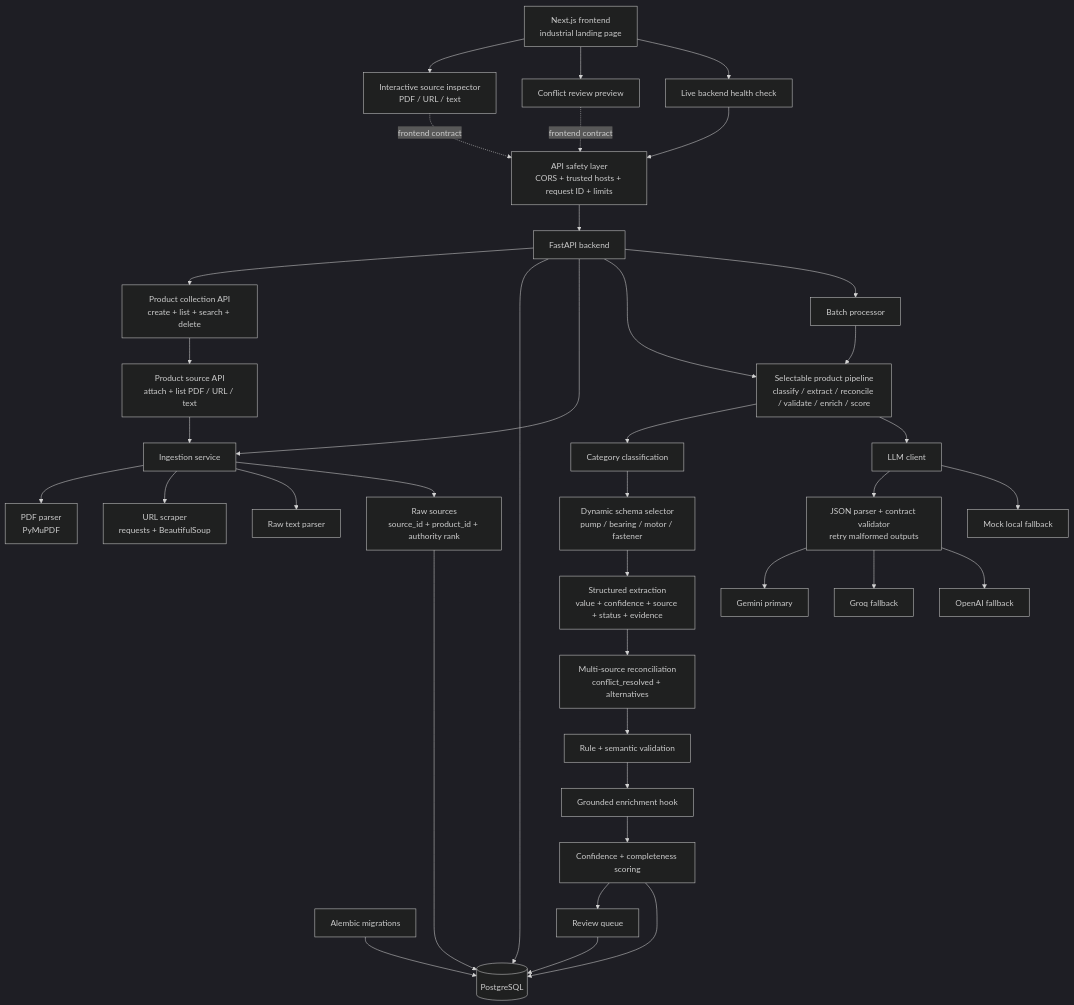
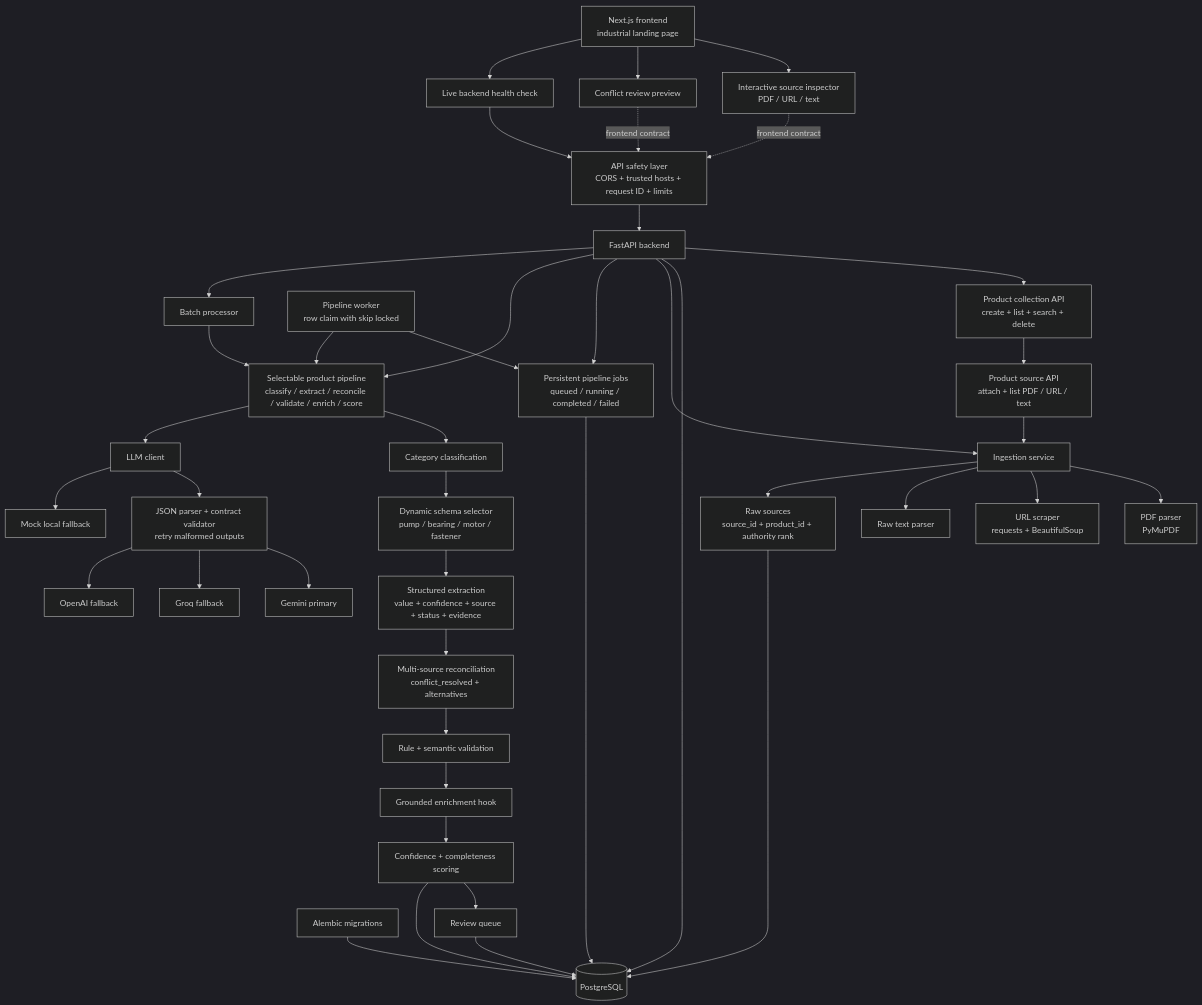
The diagram in README.md (praju455/Ferrox), drawn with Mermaid (dark theme) before and after one commit. The commit also changed other lines of this file and 10 other files, not shown here.

Commit message:
Add persistent pipeline job worker

````diff
--- a/README.md
+++ b/README.md
@@ -127,43 +135,47 @@
 ```mermaid
 flowchart TD
     UI["Next.js frontend\nindustrial landing page"] --> Inspector["Interactive source inspector\nPDF / URL / text"]
     UI --> ReviewUI["Conflict review preview"]
     UI --> HealthUI["Live backend health check"]
     HealthUI --> Guard["API safety layer\nCORS + trusted hosts + request ID + limits"]
     Inspector -. "frontend contract" .-> Guard
     ReviewUI -. "frontend contract" .-> Guard
     Guard --> API["FastAPI backend"]
     API --> Products["Product collection API\ncreate + list + search + delete"]
     Products --> SourceAPI["Product source API\nattach + list PDF / URL / text"]
     SourceAPI --> Ingest
     API --> DB[("PostgreSQL")]
     Migration["Alembic migrations"] --> DB
     API --> Ingest["Ingestion service"]
     Ingest --> PDF["PDF parser\nPyMuPDF"]
     Ingest --> URL["URL scraper\nrequests + BeautifulSoup"]
     Ingest --> Text["Raw text parser"]
     Ingest --> Sources["Raw sources\nsource_id + product_id + authority rank"]
     Sources --> DB
 
-    API --> Pipeline["Selectable product pipeline\nclassify / extract / reconcile / validate / enrich / score"]
+    API --> JobQueue["Persistent pipeline jobs\nqueued / running / completed / failed"]
+    JobQueue --> DB
+    Worker["Pipeline worker\nrow claim with skip locked"] --> JobQueue
+    Worker --> Pipeline["Selectable product pipeline\nclassify / extract / reconcile / validate / enrich / score"]
+    API --> Pipeline
     Pipeline --> Classify["Category classification"]
     Classify --> Schemas["Dynamic schema selector\npump / bearing / motor / fastener"]
     Schemas --> Extract["Structured extraction\nvalue + confidence + source + status + evidence"]
     Extract --> Reconcile["Multi-source reconciliation\nconflict_resolved + alternatives"]
     Reconcile --> Validate["Rule + semantic validation"]
     Validate --> Enrich["Grounded enrichment hook"]
     Enrich --> Score["Confidence + completeness scoring"]
     Score --> Review["Review queue"]
     Score --> DB
     Review --> DB
 
     Pipeline --> LLM["LLM client"]
     LLM --> JSON["JSON parser + contract validator\nretry malformed outputs"]
     JSON --> Gemini["Gemini primary"]
     JSON --> Groq["Groq fallback"]
     JSON --> OpenAI["OpenAI fallback"]
     LLM --> Mock["Mock local fallback"]
 
     API --> Batch["Batch processor"]
     Batch --> Pipeline
 ```
````
